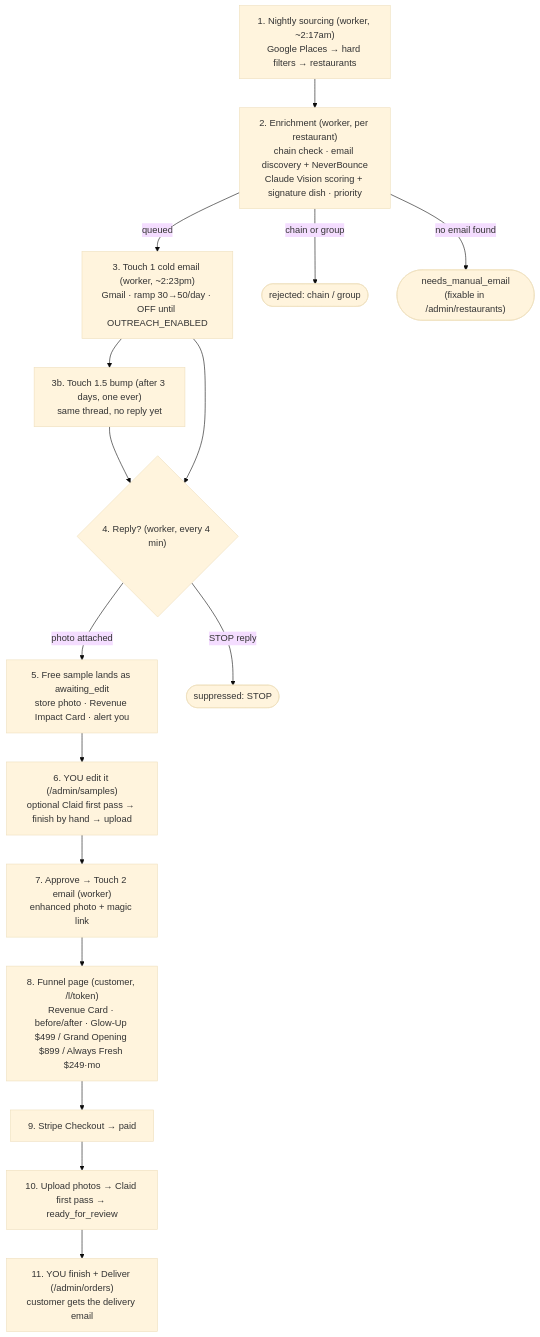
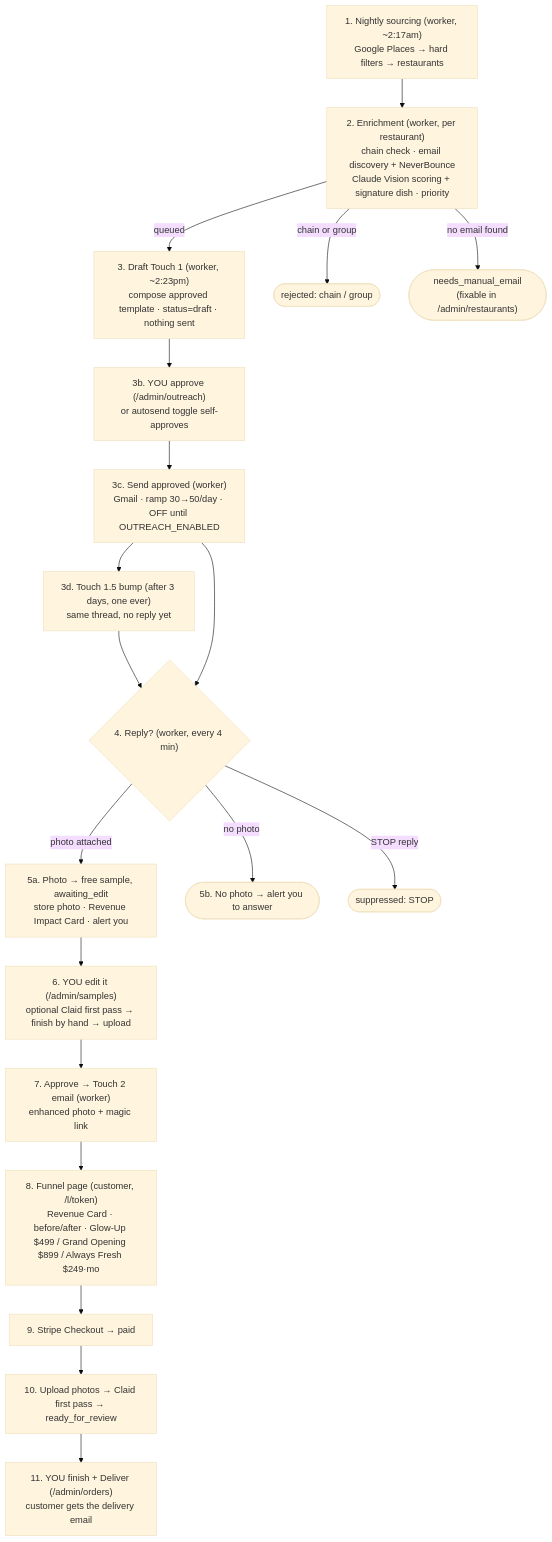
Before and after one commit to enriquehernandezit-oss/clickworthy: the first of 2 diagrams in PIPELINE.md, drawn with Mermaid (base theme). The commit also changed other lines of this file and 2 other files, not shown here.

Commit message:
Document outreach approval flow + mission-control admin

````diff
--- a/PIPELINE.md
+++ b/PIPELINE.md
@@ -21,35 +21,41 @@
 ```mermaid
 flowchart TD
     S1["1. Nightly sourcing (worker, ~2:17am)<br/>Google Places → hard filters → restaurants"]
     S2["2. Enrichment (worker, per restaurant)<br/>chain check · email discovery + NeverBounce<br/>Claude Vision scoring + signature dish · priority"]
-    S3["3. Touch 1 cold email (worker, ~2:23pm)<br/>Gmail · ramp 30→50/day · OFF until OUTREACH_ENABLED"]
-    S3b["3b. Touch 1.5 bump (after 3 days, one ever)<br/>same thread, no reply yet"]
+    S3d["3. Draft Touch 1 (worker, ~2:23pm)<br/>compose approved template · status=draft · nothing sent"]
+    S3a["3b. YOU approve (/admin/outreach)<br/>or autosend toggle self-approves"]
+    S3["3c. Send approved (worker)<br/>Gmail · ramp 30→50/day · OFF until OUTREACH_ENABLED"]
+    S3b["3d. Touch 1.5 bump (after 3 days, one ever)<br/>same thread, no reply yet"]
     S4{"4. Reply? (worker, every 4 min)"}
-    S5["5. Free sample lands as awaiting_edit<br/>store photo · Revenue Impact Card · alert you"]
+    S5["5a. Photo → free sample, awaiting_edit<br/>store photo · Revenue Impact Card · alert you"]
+    S5b(["5b. No photo → alert you to answer"])
     S6["6. YOU edit it (/admin/samples)<br/>optional Claid first pass → finish by hand → upload"]
     S7["7. Approve → Touch 2 email (worker)<br/>enhanced photo + magic link"]
     S8["8. Funnel page (customer, /l/token)<br/>Revenue Card · before/after · Glow-Up $499 / Grand Opening $899 / Always Fresh $249·mo"]
     S9["9. Stripe Checkout → paid"]
     S10["10. Upload photos → Claid first pass → ready_for_review"]
     S11["11. YOU finish + Deliver (/admin/orders)<br/>customer gets the delivery email"]
 
     RJ(["rejected: chain / group"])
     MM(["needs_manual_email<br/>(fixable in /admin/restaurants)"])
     SUP(["suppressed: STOP"])
 
     S1 --> S2
     S2 -->|chain or group| RJ
     S2 -->|no email found| MM
-    S2 -->|queued| S3
+    S2 -->|queued| S3d
+    S3d --> S3a
+    S3a --> S3
     S3 --> S3b
     S3b --> S4
     S3 --> S4
     S4 -->|STOP reply| SUP
     S4 -->|photo attached| S5
+    S4 -->|no photo| S5b
     S5 --> S6
     S6 --> S7
     S7 --> S8
     S8 --> S9
     S9 --> S10
     S10 --> S11
 ```
````
